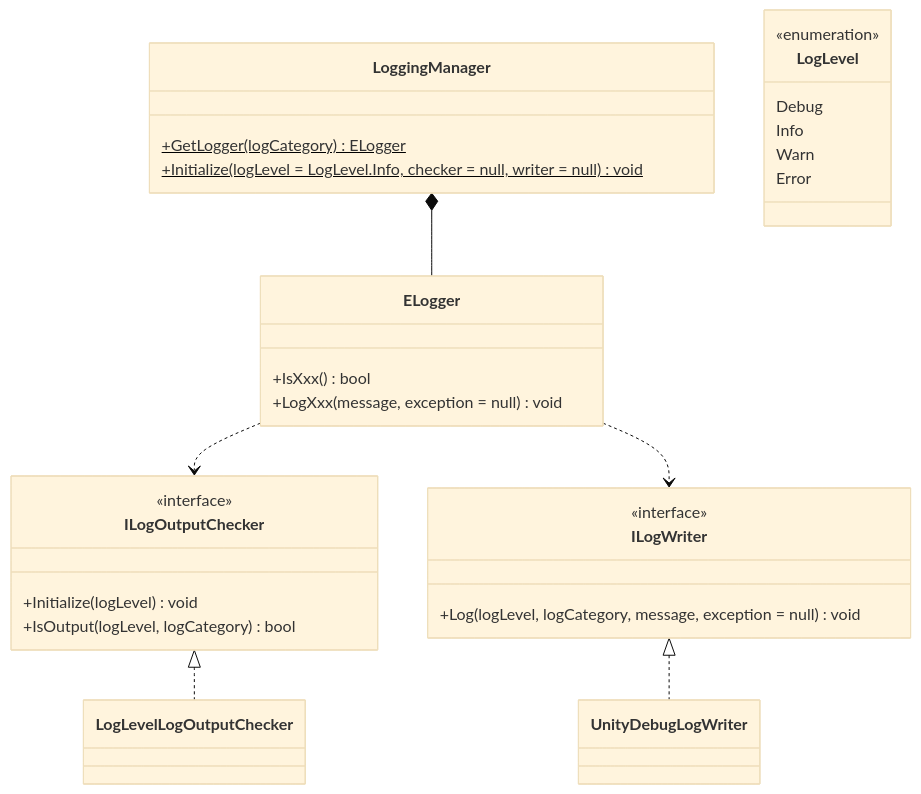
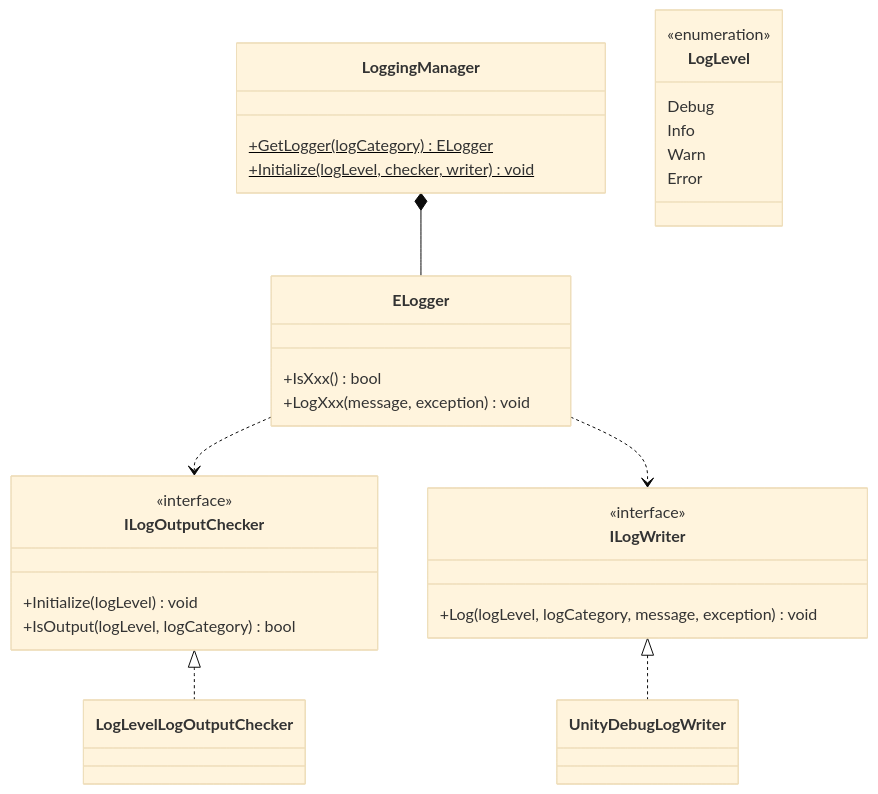
The first of 2 diagrams in docs/core/logging.md (extreal-dev/Extreal.Guide), drawn with Mermaid (base theme) before and after one commit. The commit also changed 1 other file, not shown here.

Commit message:
メソッドの引数のデフォルト値を削除

````diff
--- a/docs/core/logging.md
+++ b/docs/core/logging.md
@@ -57,44 +57,44 @@
 ```mermaid
 classDiagram
 
     LoggingManager *-- ELogger
     ELogger ..> ILogOutputChecker
     ELogger ..> ILogWriter
     ILogOutputChecker <|.. LogLevelLogOutputChecker
     ILogWriter <|.. UnityDebugLogWriter
 
     class LogLevel {
         <<enumeration>>
         Debug
         Info
         Warn
         Error
     }
 
     class ELogger {
         +IsXxx() bool
-        +LogXxx(message, exception = null) void
+        +LogXxx(message, exception) void
     }
 
     class LoggingManager {
         +GetLogger(logCategory)$ ELogger
-        +Initialize(logLevel = LogLevel.Info, checker = null, writer = null)$ void
+        +Initialize(logLevel, checker, writer)$ void
     }
 
     class ILogOutputChecker {
         <<interface>>
         +Initialize(logLevel) void
         +IsOutput(logLevel, logCategory) bool
     }
 
     class ILogWriter {
         <<interface>>
-        +Log(logLevel, logCategory, message, exception = null) void
+        +Log(logLevel, logCategory, message, exception) void
     }
 
     class LogLevelLogOutputChecker {
     }
 
     class UnityDebugLogWriter {
     }
 ```
````
